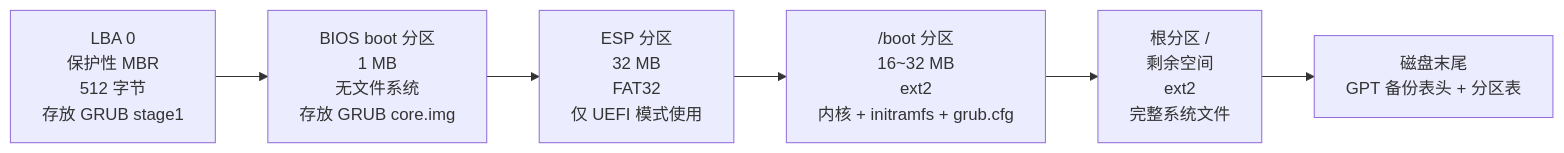
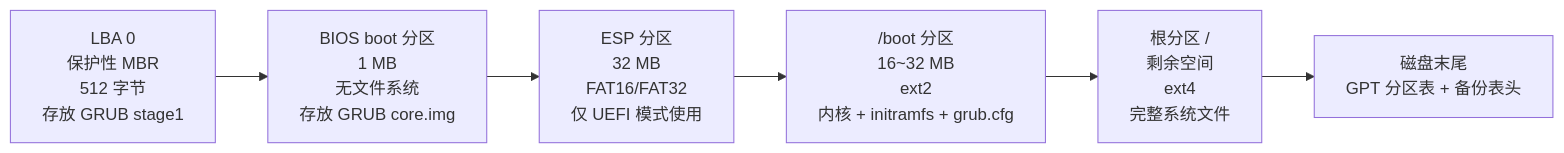
The diagram in doc/系统镜像img分区示意图.md (cx19970/miniLinux), drawn with Mermaid before and after one commit. The commit also changed 1 other file, not shown here.

Commit message:
纠正部分錯誤事实

````diff
--- a/doc/系统镜像img分区示意图.md
+++ b/doc/系统镜像img分区示意图.md
@@ -8,8 +8,8 @@
 ```mermaid
 graph LR
     A[LBA 0<br>保护性 MBR<br>512 字节<br>存放 GRUB stage1] --> B[BIOS boot 分区<br>1 MB<br>无文件系统<br>存放 GRUB core.img]
-    B --> C[ESP 分区<br>32 MB<br>FAT32<br>仅 UEFI 模式使用]
+    B --> C[ESP 分区<br>32 MB<br>FAT16/FAT32<br>仅 UEFI 模式使用]
     C --> D["/boot 分区<br>16~32 MB<br>ext2<br>内核 + initramfs + grub.cfg"]
-    D --> E["根分区 /<br>剩余空间<br>ext2<br>完整系统文件"]
-    E --> F[磁盘末尾<br>GPT 备份表头 + 分区表]
+    D --> E["根分区 /<br>剩余空间<br>ext4<br>完整系统文件"]
+    E --> F[磁盘末尾<br>GPT 分区表 + 备份表头]
 ```
````
